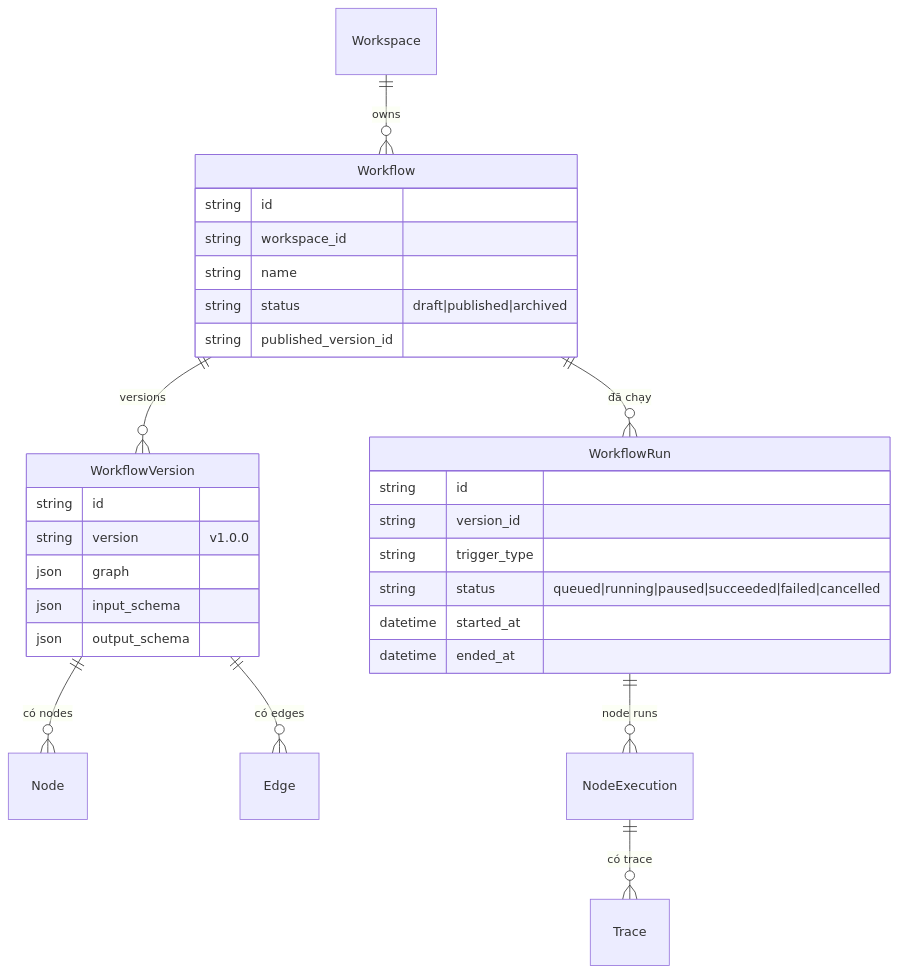
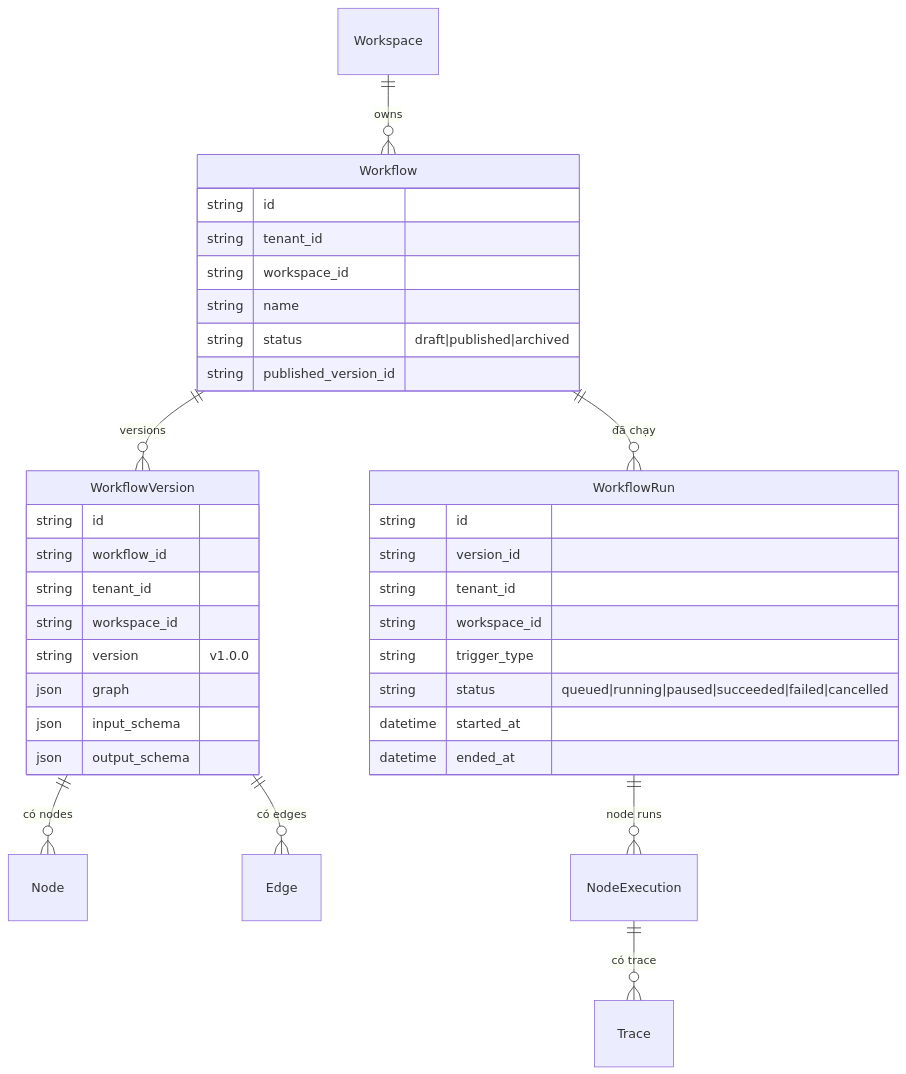
The first of 3 diagrams in docs/02-domain/06-workflow.md (cmc-phongnd/agent-platform-docs), drawn with Mermaid before and after one commit. The commit also changed other lines of this file and 14 other files, not shown here.

First line of the commit message:
Rewrite docs module 02 (domain) intros + module 03 (architecture) full content

````diff
--- a/docs/02-domain/06-workflow.md
+++ b/docs/02-domain/06-workflow.md
@@ -47,33 +101,39 @@
 ```mermaid
 erDiagram
     Workspace ||--o{ Workflow : owns
     Workflow ||--o{ WorkflowVersion : versions
     WorkflowVersion ||--o{ Node : "có nodes"
     WorkflowVersion ||--o{ Edge : "có edges"
     Workflow ||--o{ WorkflowRun : "đã chạy"
     WorkflowRun ||--o{ NodeExecution : "node runs"
     NodeExecution ||--o{ Trace : "có trace"
 
     Workflow {
         string id
+        string tenant_id
         string workspace_id
         string name
         string status "draft|published|archived"
         string published_version_id
     }
     WorkflowVersion {
         string id
+        string workflow_id
+        string tenant_id
+        string workspace_id
         string version "v1.0.0"
         json graph
         json input_schema
         json output_schema
     }
     WorkflowRun {
         string id
         string version_id
+        string tenant_id
+        string workspace_id
         string trigger_type
         string status "queued|running|paused|succeeded|failed|cancelled"
         datetime started_at
         datetime ended_at
     }
 ```
````
